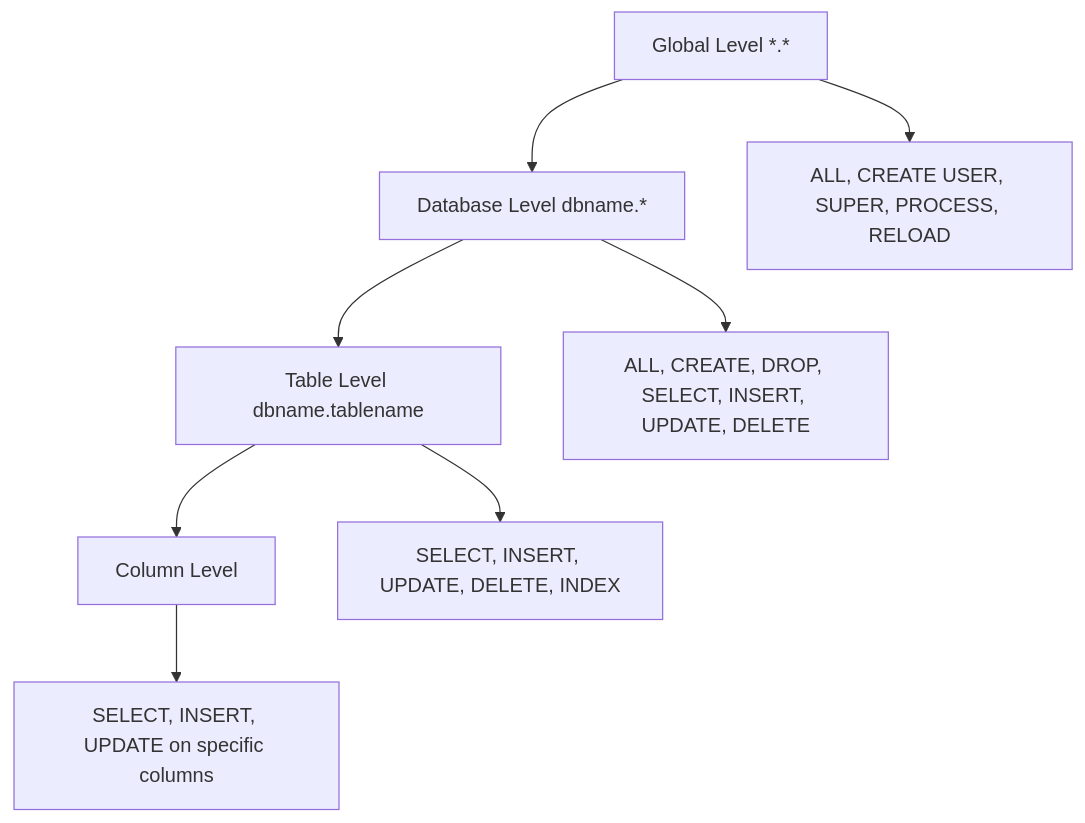
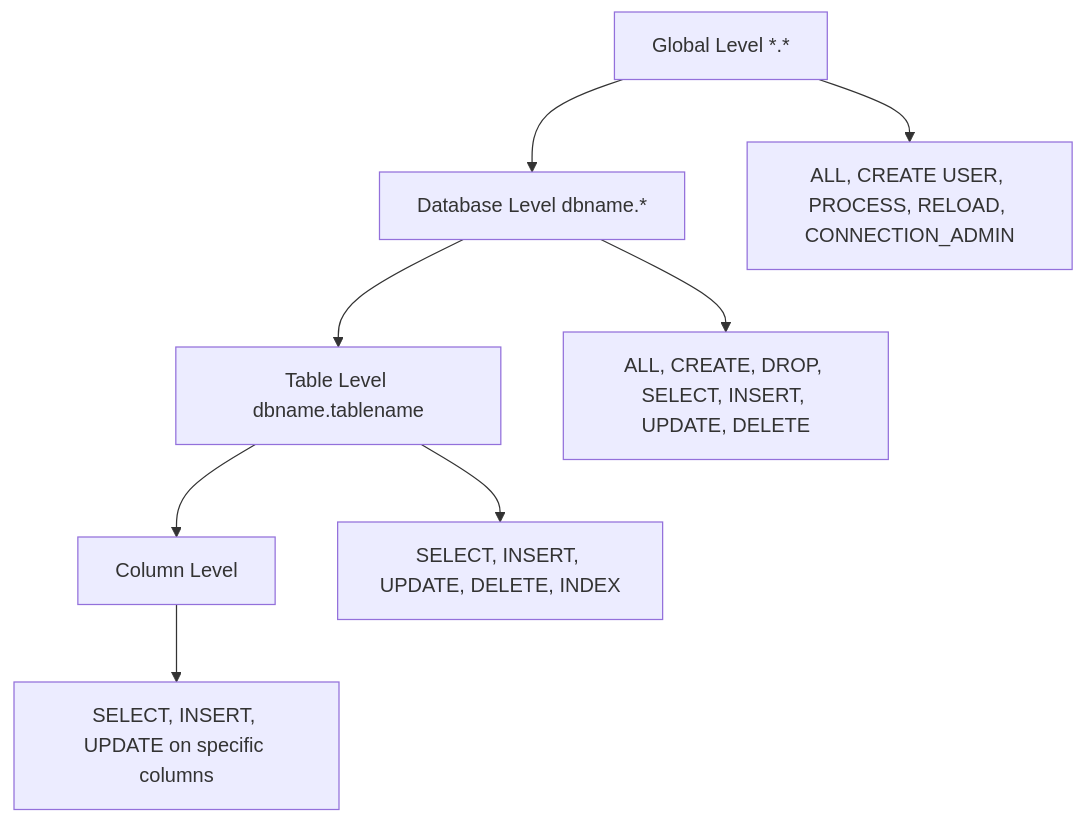
The first of 2 diagrams in posts/2026-02-21-ansible-manage-mysql-permissions/README.md (OneUptime/blog), drawn with Mermaid before and after one commit. The commit also changed other lines of this file and 2 other files, not shown here.

````diff
--- a/posts/2026-02-21-ansible-manage-mysql-permissions/README.md
+++ b/posts/2026-02-21-ansible-manage-mysql-permissions/README.md
@@ -19,11 +19,11 @@
 ```mermaid
 graph TD
     A[Global Level *.*] --> B[Database Level dbname.*]
     B --> C[Table Level dbname.tablename]
     C --> D[Column Level]
 
-    A --> E[ALL, CREATE USER, SUPER, PROCESS, RELOAD]
+    A --> E[ALL, CREATE USER, PROCESS, RELOAD, CONNECTION_ADMIN]
     B --> F[ALL, CREATE, DROP, SELECT, INSERT, UPDATE, DELETE]
     C --> G[SELECT, INSERT, UPDATE, DELETE, INDEX]
     D --> H[SELECT, INSERT, UPDATE on specific columns]
 ```
````
